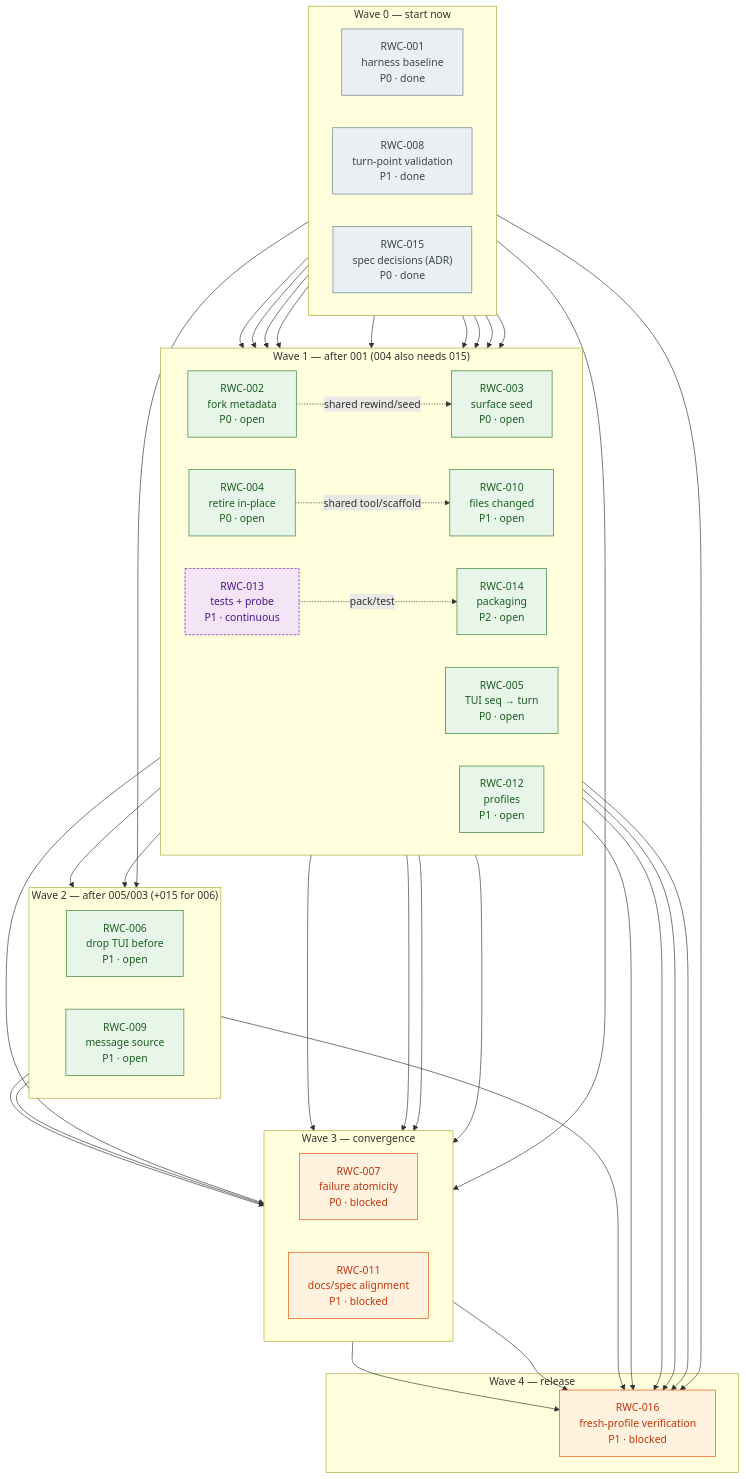
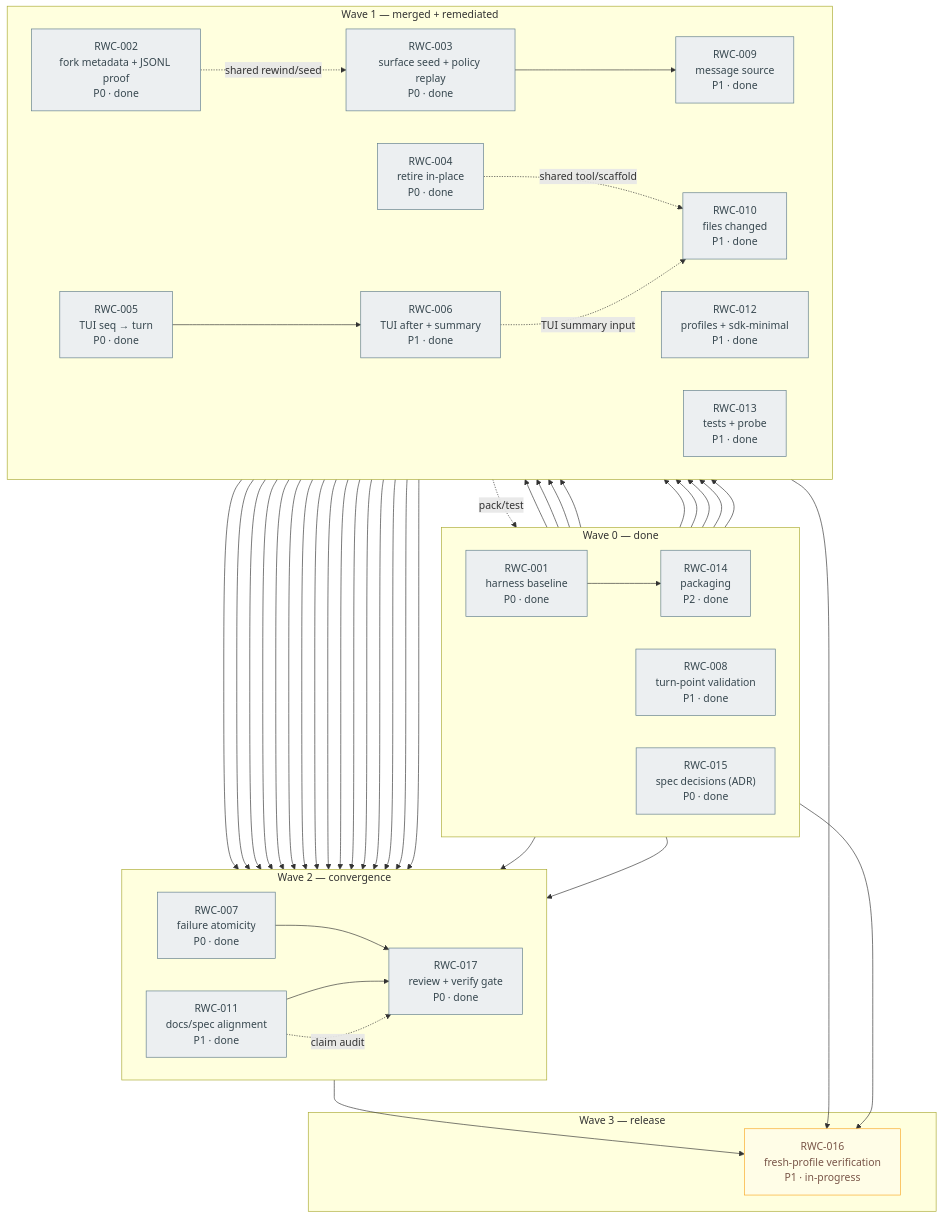
Before and after one commit to shayanrc/dsh-rewind-compact: the diagram in docs/tickets/dependencies.mmd, drawn with Mermaid. The commit also changed 32 other files, not shown here.

Commit message:
Remediate wave-1 review findings; close RWC-002–017

```diff
--- a/docs/tickets/dependencies.mmd
+++ b/docs/tickets/dependencies.mmd
@@ -1,88 +1,93 @@
-%% rewind-compact ticket dependency graph (2026-10-27)
+%% rewind-compact ticket dependency graph (2026-10-27, post-review)
 %% Solid arrow = hard prerequisite. Dotted arrow = coordination / shared files.
-%% Green = open, orange = blocked, blue = decision, purple dashed = continuous.
-%% Wave 1 is the longest-path level from 001/015/008. RWC-013 starts in wave 1
-%% and closes only after the code fixes (its test-acceptance edges are omitted
-%% to keep the graph readable; see dependency-graph.md).
+%% Green = open/in-progress, orange = blocked, blue = decision, grey = done.
+%% RWC-017 is green: every changed ticket passed independent review + verify.
+%% RWC-016 is the remaining release gate.
 flowchart TB
   classDef open fill:#E8F5E9,stroke:#2E7D32,color:#1B5E20
+  classDef progress fill:#FFFDE7,stroke:#F9A825,color:#795548
   classDef blocked fill:#FFF3E0,stroke:#E65100,color:#BF360C
   classDef decision fill:#E3F2FD,stroke:#1565C0,color:#0D47A1
   classDef continuous fill:#F3E5F5,stroke:#6A1B9A,color:#4A148C,stroke-dasharray: 4 2
   classDef done fill:#ECEFF1,stroke:#607D8B,color:#37474F
 
-  subgraph w0["Wave 0 — start now"]
+  subgraph w0["Wave 0 — done"]
     direction LR
     t001["RWC-001<br/>harness baseline<br/>P0 · done"]:::done
     t008["RWC-008<br/>turn-point validation<br/>P1 · done"]:::done
     t015["RWC-015<br/>spec decisions (ADR)<br/>P0 · done"]:::done
+    t014["RWC-014<br/>packaging<br/>P2 · done"]:::done
   end
 
-  subgraph w1["Wave 1 — after 001 (004 also needs 015)"]
+  subgraph w1["Wave 1 — merged + remediated"]
     direction LR
-    t002["RWC-002<br/>fork metadata<br/>P0 · open"]:::open
-    t003["RWC-003<br/>surface seed<br/>P0 · open"]:::open
-    t004["RWC-004<br/>retire in-place<br/>P0 · open"]:::open
-    t005["RWC-005<br/>TUI seq → turn<br/>P0 · open"]:::open
-    t010["RWC-010<br/>files changed<br/>P1 · open"]:::open
-    t012["RWC-012<br/>profiles<br/>P1 · open"]:::open
-    t013["RWC-013<br/>tests + probe<br/>P1 · continuous"]:::continuous
-    t014["RWC-014<br/>packaging<br/>P2 · open"]:::open
+    t002["RWC-002<br/>fork metadata + JSONL proof<br/>P0 · done"]:::done
+    t003["RWC-003<br/>surface seed + policy replay<br/>P0 · done"]:::done
+    t004["RWC-004<br/>retire in-place<br/>P0 · done"]:::done
+    t005["RWC-005<br/>TUI seq → turn<br/>P0 · done"]:::done
+    t006["RWC-006<br/>TUI after + summary<br/>P1 · done"]:::done
+    t009["RWC-009<br/>message source<br/>P1 · done"]:::done
+    t010["RWC-010<br/>files changed<br/>P1 · done"]:::done
+    t012["RWC-012<br/>profiles + sdk-minimal<br/>P1 · done"]:::done
+    t013["RWC-013<br/>tests + probe<br/>P1 · done"]:::done
   end
 
-  subgraph w2["Wave 2 — after 005/003 (+015 for 006)"]
+  subgraph w2["Wave 2 — convergence"]
     direction LR
-    t006["RWC-006<br/>drop TUI before<br/>P1 · open"]:::open
-    t009["RWC-009<br/>message source<br/>P1 · open"]:::open
+    t007["RWC-007<br/>failure atomicity<br/>P0 · done"]:::done
+    t011["RWC-011<br/>docs/spec alignment<br/>P1 · done"]:::done
+    t017["RWC-017<br/>review + verify gate<br/>P0 · done"]:::done
   end
 
-  subgraph w3["Wave 3 — convergence"]
-    direction LR
-    t007["RWC-007<br/>failure atomicity<br/>P0 · blocked"]:::blocked
-    t011["RWC-011<br/>docs/spec alignment<br/>P1 · blocked"]:::blocked
-  end
-
-  subgraph w4["Wave 4 — release"]
-    t016["RWC-016<br/>fresh-profile verification<br/>P1 · blocked"]:::blocked
+  subgraph w3["Wave 3 — release"]
+    t016["RWC-016<br/>fresh-profile verification<br/>P1 · in-progress"]:::progress
   end
 
   %% hard prerequisites
   t001 --> t002
   t001 --> t003
   t001 --> t004
   t001 --> t005
   t001 --> t010
   t001 --> t012
   t001 --> t013
   t001 --> t014
 
   t015 --> t004
   t015 --> t006
   t015 --> t011
 
   t005 --> t006
   t003 --> t009
   t004 --> t007
   t006 --> t007
 
   t002 --> t011
   t003 --> t011
   t004 --> t011
   t005 --> t011
   t006 --> t011
 
-  t007 --> t016
-  t008 --> t016
-  t009 --> t016
-  t010 --> t016
-  t011 --> t016
-  t012 --> t016
+  t002 --> t017
+  t003 --> t017
+  t004 --> t017
+  t005 --> t017
+  t006 --> t017
+  t007 --> t017
+  t009 --> t017
+  t010 --> t017
+  t011 --> t017
+  t012 --> t017
+  t013 --> t017
+  t014 --> t017
+
   t013 --> t016
   t014 --> t016
+  t017 --> t016
 
   %% coordination / shared files (no precedence implied)
   t002 -.->|shared rewind/seed| t003
   t004 -.->|shared tool/scaffold| t010
+  t006 -.->|TUI summary input| t010
   t013 -.->|pack/test| t014
-
-  %% legend comment: solid = prerequisite, dotted = coordinate
+  t011 -.->|claim audit| t017
```
